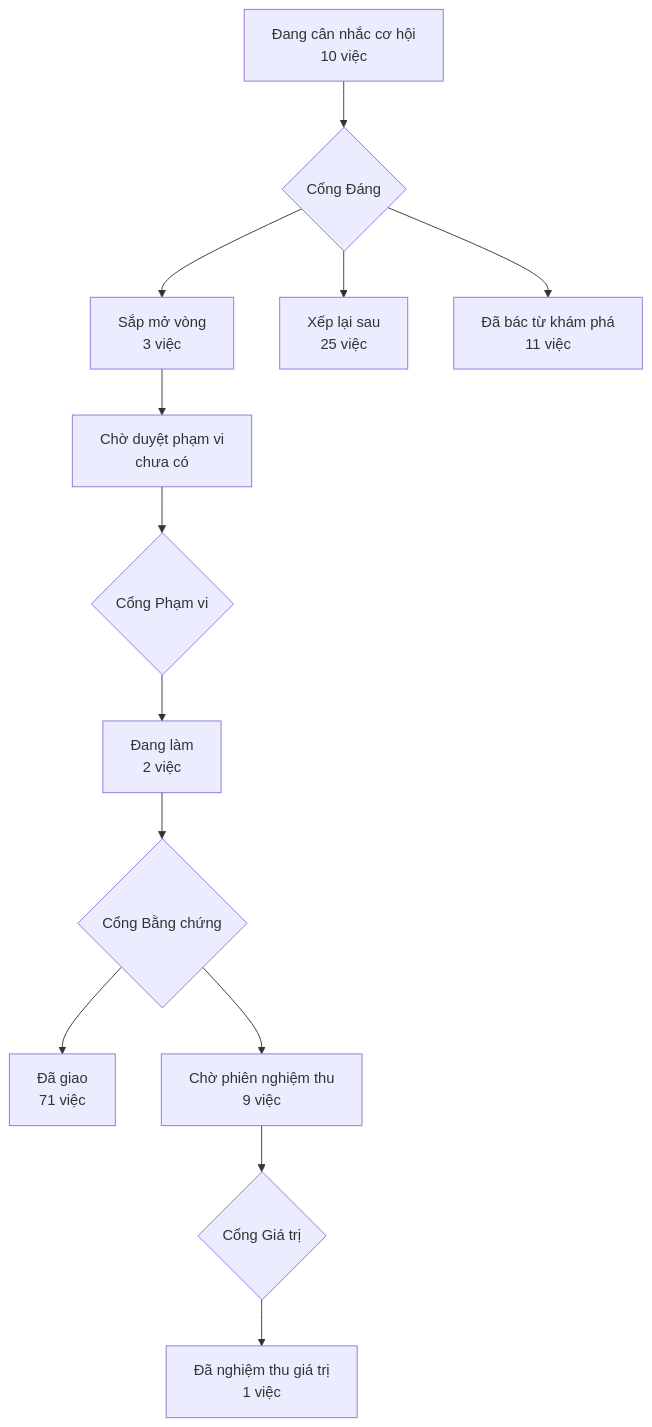
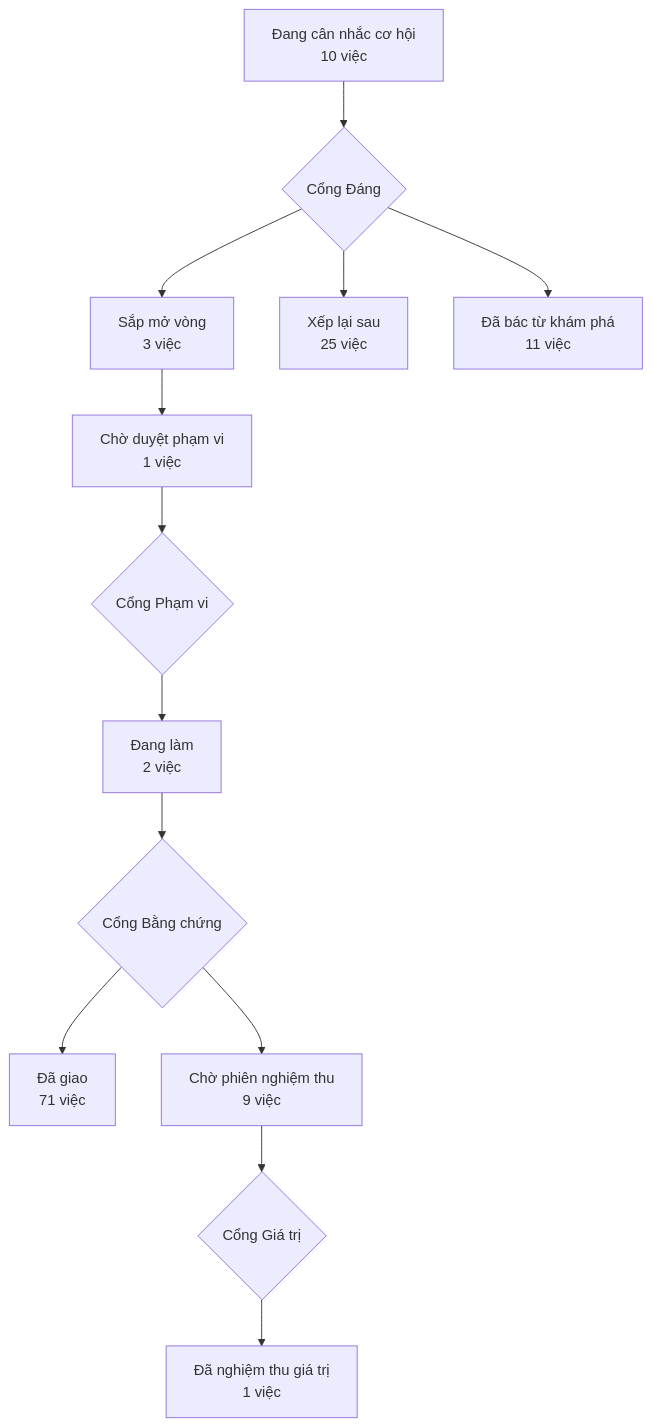
The diagram in PRODUCT-MAP.md (phanlemanh/acceptance-gate-kit), drawn with Mermaid before and after one commit. The commit also changed other lines of this file and 8 other files, not shown here.

````diff
--- a/PRODUCT-MAP.md
+++ b/PRODUCT-MAP.md
@@ -6,12 +6,12 @@
 ```mermaid
 flowchart TD
   A["Đang cân nhắc cơ hội<br/>10 việc"] --> GD{"Cổng Đáng"}
   GD --> B["Sắp mở vòng<br/>3 việc"]
   GD --> XL["Xếp lại sau<br/>25 việc"]
   GD --> DB["Đã bác từ khám phá<br/>11 việc"]
-  B --> CD["Chờ duyệt phạm vi<br/>chưa có"] --> GP{"Cổng Phạm vi"}
+  B --> CD["Chờ duyệt phạm vi<br/>1 việc"] --> GP{"Cổng Phạm vi"}
   GP --> DL["Đang làm<br/>2 việc"] --> GB{"Cổng Bằng chứng"}
   GB --> DG["Đã giao<br/>71 việc"]
   GB --> CN["Chờ phiên nghiệm thu<br/>9 việc"] --> GG{"Cổng Giá trị"}
   GG --> NT["Đã nghiệm thu giá trị<br/>1 việc"]
 ```
````
